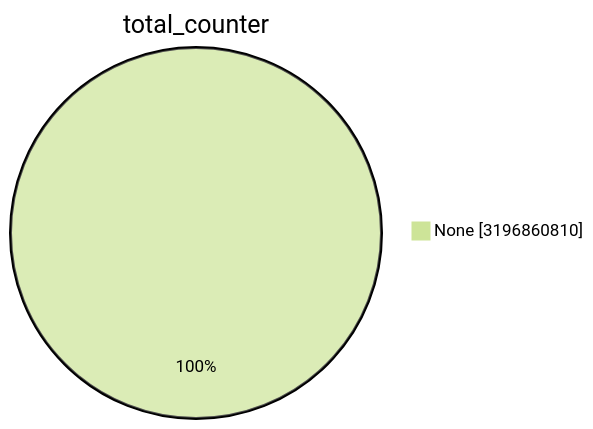
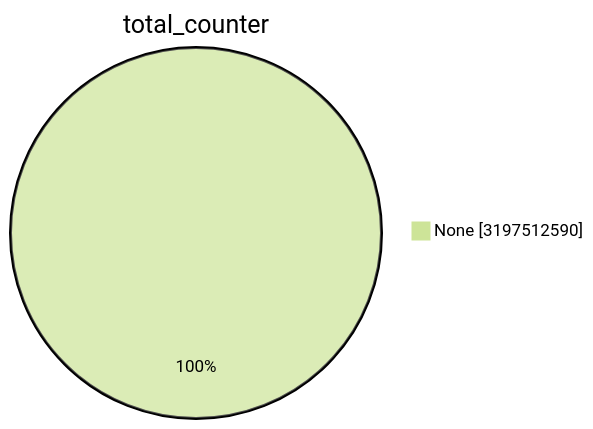
One commit to christiankrug/ctmonitor_visualization changed the first of 15 diagrams in TOTAL/README.md. Above: the diagram before and after it, drawn with Mermaid (forest theme). The commit also changed other lines of this file, not shown here.

````diff
--- a/TOTAL/README.md
+++ b/TOTAL/README.md
@@ -1,5 +1,5 @@
 ```mermaid
 pie showData
 title total_counter
-"None" :3196860810
+"None" :3197512590
 ```
````
